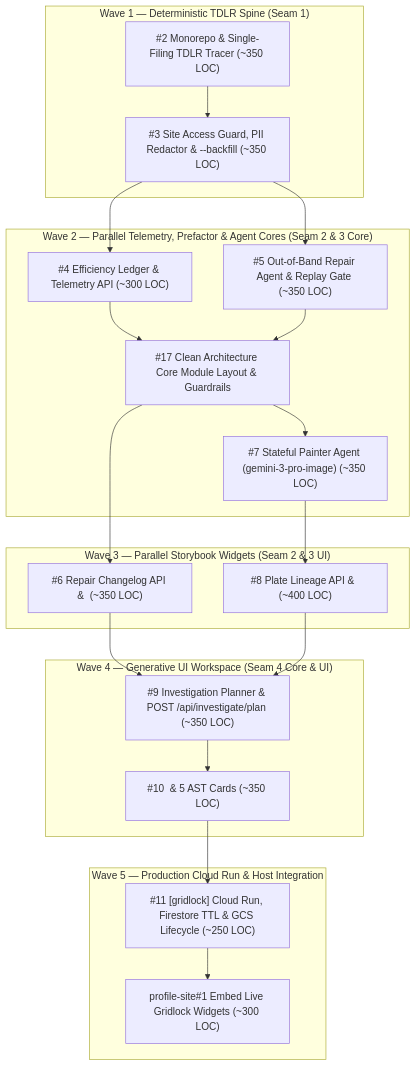
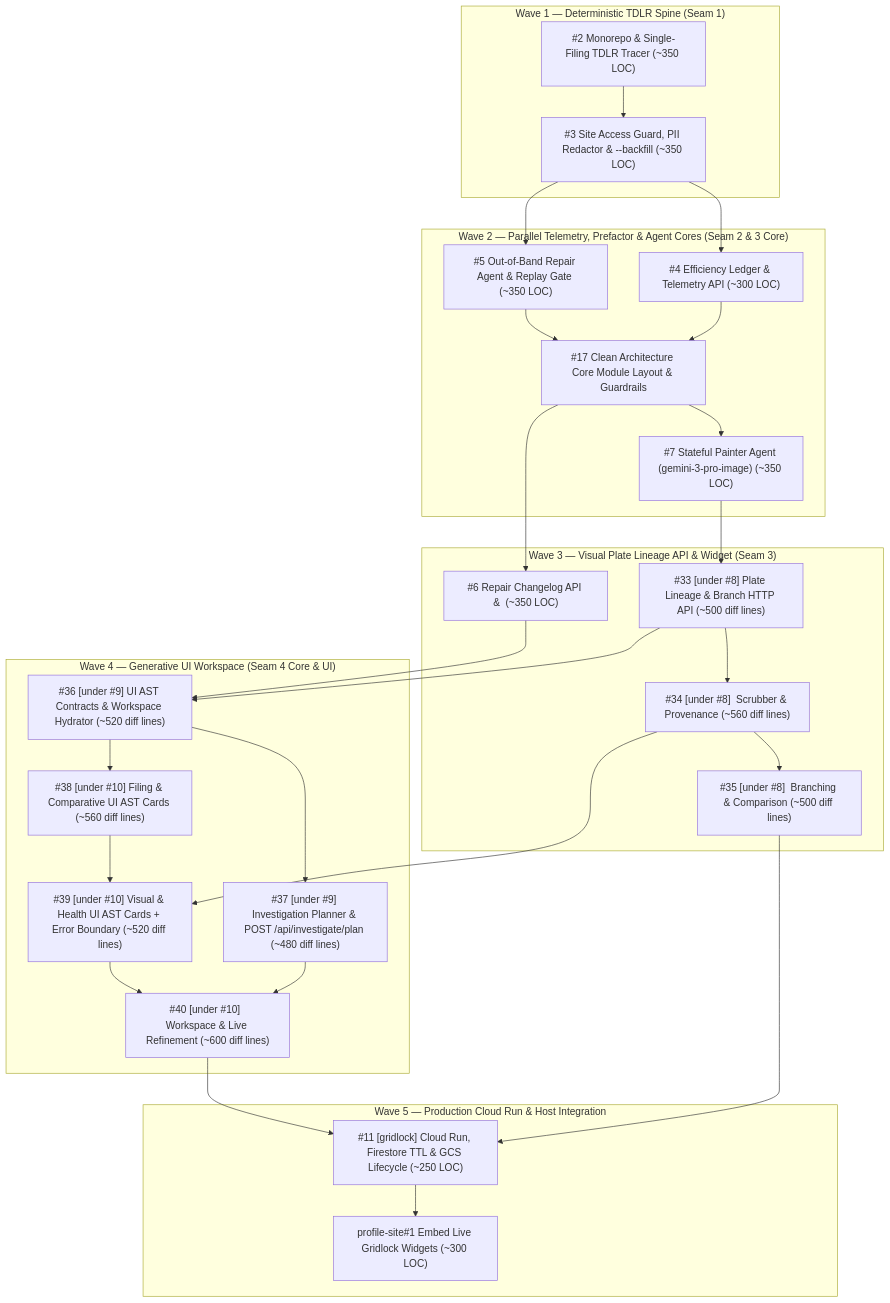
One commit to samasastudio/gridlock changed the diagram in ROADMAP.md. Above: the diagram before and after it, drawn with Mermaid. The commit also changed other lines of this file, not shown here.

Commit message:
docs(roadmap): split issues #8, #9, and #10 into nested single-PR slices (#33-#40)

````diff
--- a/ROADMAP.md
+++ b/ROADMAP.md
@@ -27,30 +27,38 @@
 ```mermaid
 flowchart TD
   subgraph Wave1["Wave 1 — Deterministic TDLR Spine (Seam 1)"]
     T2["#2 Monorepo & Single-Filing TDLR Tracer (~350 LOC)"] --> T3["#3 Site Access Guard, PII Redactor & --backfill (~350 LOC)"]
   end
 
   subgraph Wave2["Wave 2 — Parallel Telemetry, Prefactor & Agent Cores (Seam 2 & 3 Core)"]
     T3 --> T4["#4 Efficiency Ledger & Telemetry API (~300 LOC)"]
     T3 --> T5["#5 Out-of-Band Repair Agent & Replay Gate (~350 LOC)"]
     T4 --> T17["#17 Clean Architecture Core Module Layout & Guardrails"]
     T5 --> T17
     T17 --> T7["#7 Stateful Painter Agent (gemini-3-pro-image) (~350 LOC)"]
   end
 
-  subgraph Wave3["Wave 3 — Parallel Storybook Widgets (Seam 2 & 3 UI)"]
+  subgraph Wave3["Wave 3 — Visual Plate Lineage API & Widget (Seam 3)"]
     T17 --> T6["#6 Repair Changelog API & <GridlockRepairLogWidget /> (~350 LOC)"]
-    T7 --> T8["#8 Plate Lineage API & <GridlockPlateWidget /> (~400 LOC)"]
+    T7 --> T33["#33 [under #8] Plate Lineage & Branch HTTP API (~500 diff lines)"]
+    T33 --> T34["#34 [under #8] <GridlockPlateWidget /> Scrubber & Provenance (~560 diff lines)"]
+    T34 --> T35["#35 [under #8] <GridlockPlateWidget /> Branching & Comparison (~500 diff lines)"]
   end
 
   subgraph Wave4["Wave 4 — Generative UI Workspace (Seam 4 Core & UI)"]
-    T6 --> T9["#9 Investigation Planner & POST /api/investigate/plan (~350 LOC)"]
-    T8 --> T9
-    T9 --> T10["#10 <GridlockConsoleWidget /> & 5 AST Cards (~350 LOC)"]
+    T6 --> T36["#36 [under #9] UI AST Contracts & Workspace Hydrator (~520 diff lines)"]
+    T33 --> T36
+    T36 --> T37["#37 [under #9] Investigation Planner & POST /api/investigate/plan (~480 diff lines)"]
+    T36 --> T38["#38 [under #10] Filing & Comparative UI AST Cards (~560 diff lines)"]
+    T34 --> T39["#39 [under #10] Visual & Health UI AST Cards + Error Boundary (~520 diff lines)"]
+    T38 --> T39
+    T37 --> T40["#40 [under #10] <GridlockConsoleWidget /> Workspace & Live Refinement (~600 diff lines)"]
+    T39 --> T40
   end
 
   subgraph Wave5["Wave 5 — Production Cloud Run & Host Integration"]
-    T10 --> T11["#11 [gridlock] Cloud Run, Firestore TTL & GCS Lifecycle (~250 LOC)"]
+    T35 --> T11["#11 [gridlock] Cloud Run, Firestore TTL & GCS Lifecycle (~250 LOC)"]
+    T40 --> T11
     T11 --> P1["profile-site#1 Embed Live Gridlock Widgets (~300 LOC)"]
   end
 ```
````
